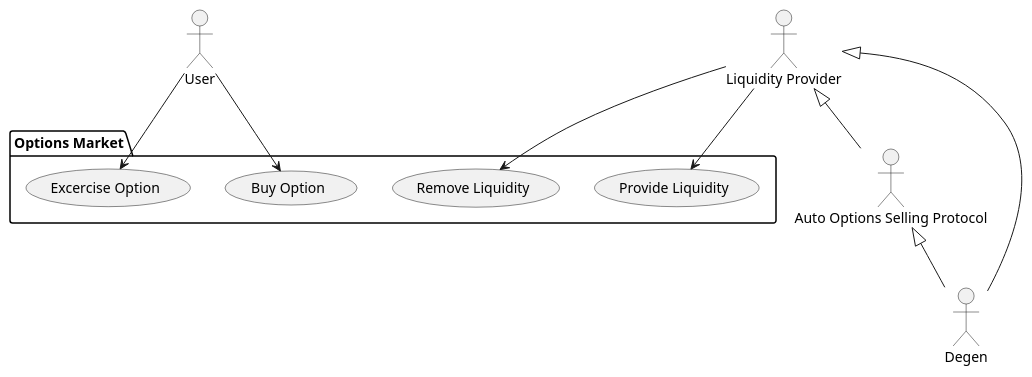
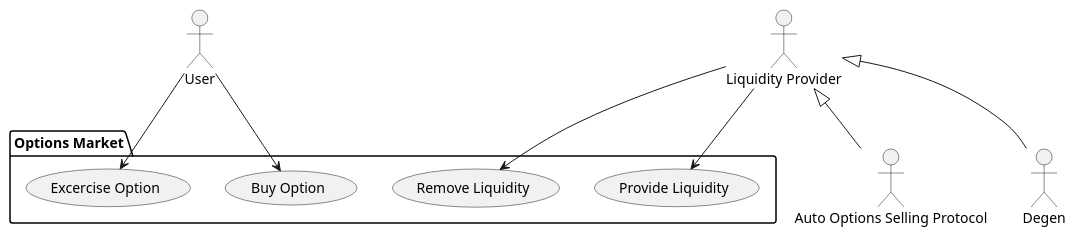
One commit to radixdlt/community-scrypto-examples changed the diagram in defi/options-market/concept/use-cases.puml. Above: the diagram before and after it, drawn with PlantUML.

Commit message:
Removed confusing relationship

```diff
--- a/defi/options-market/concept/use-cases.puml
+++ b/defi/options-market/concept/use-cases.puml
@@ -1,25 +1,24 @@
 @startuml Use Cases
 
 actor User as U
 actor "Liquidity Provider" as LP
 
 actor "Auto Options Selling Protocol" as Prot
 actor "Degen" as D
 
 LP <|-- Prot
 LP <|-- D
-Prot <|-- D
 
 package "Options Market" {
     usecase "Buy Option" as BO
     usecase "Excercise Option" as EO
     usecase "Provide Liquidity" as PL
     usecase "Remove Liquidity" as RL
 }
 
 U --> BO
 U --> EO
 LP --> PL
 LP --> RL
 
 @enduml
```
